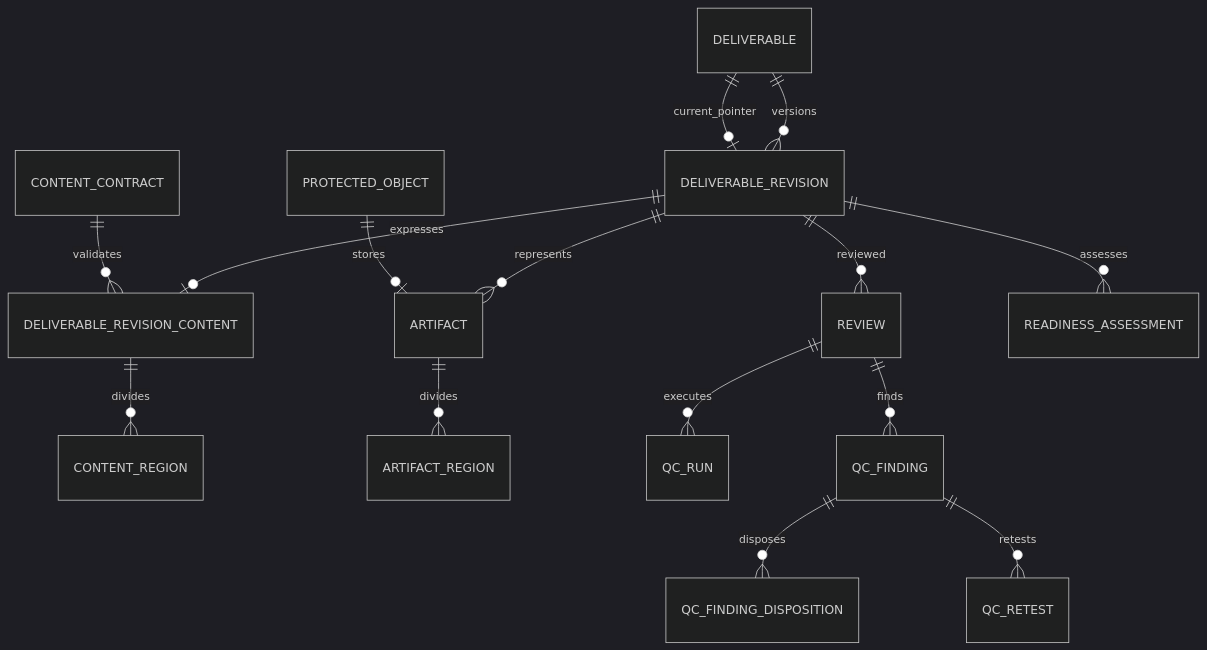
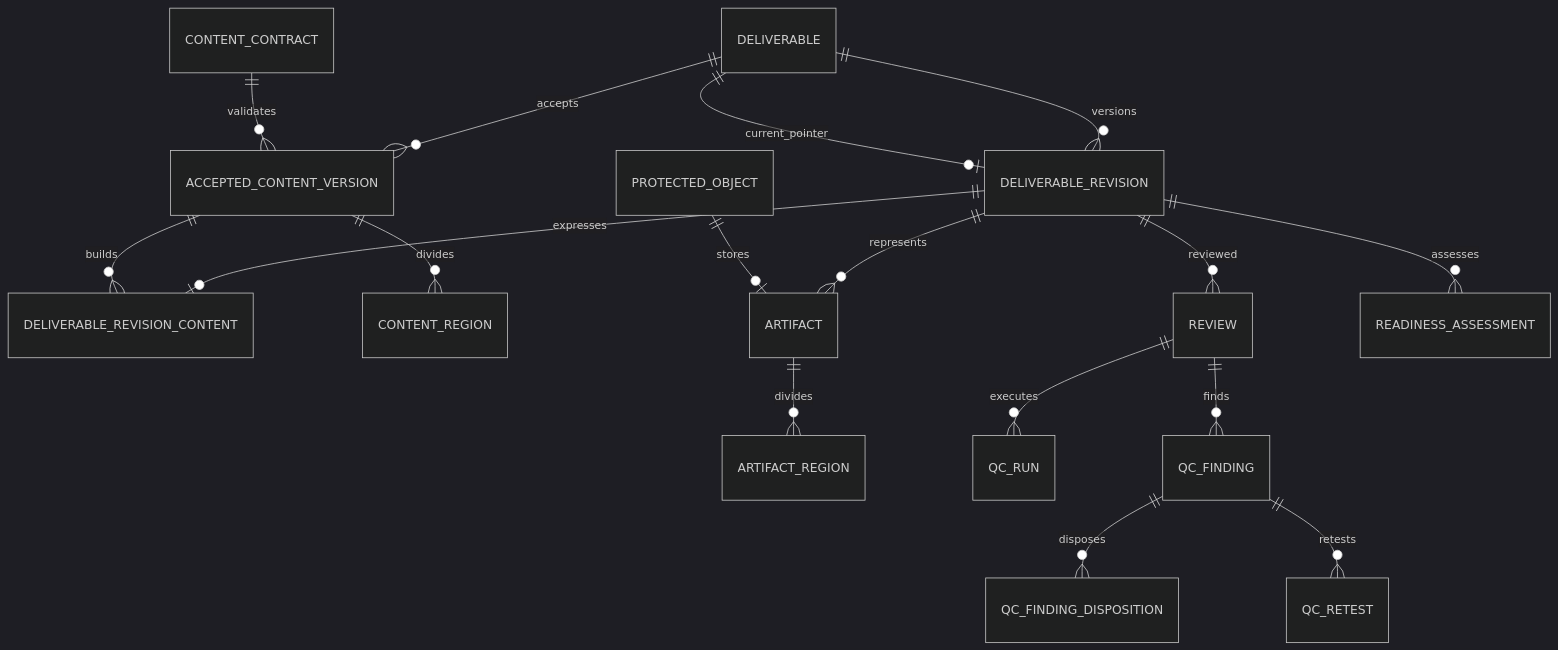
Before and after one commit to lucien0229/InvestmentBanking: the seventh of 16 diagrams in docs/technical/data-model-erd.md, drawn with Mermaid (dark theme). The commit also changed other lines of this file and 33 other files, not shown here.

```diff
--- a/docs/technical/data-model-erd.md
+++ b/docs/technical/data-model-erd.md
@@ -801,17 +821,19 @@
 ~~~mermaid
 erDiagram
     DELIVERABLE ||--o{ DELIVERABLE_REVISION : versions
     DELIVERABLE ||--o| DELIVERABLE_REVISION : current_pointer
     DELIVERABLE_REVISION ||--o| DELIVERABLE_REVISION_CONTENT : expresses
-    CONTENT_CONTRACT ||--o{ DELIVERABLE_REVISION_CONTENT : validates
-    DELIVERABLE_REVISION_CONTENT ||--o{ CONTENT_REGION : divides
+    DELIVERABLE ||--o{ ACCEPTED_CONTENT_VERSION : accepts
+    CONTENT_CONTRACT ||--o{ ACCEPTED_CONTENT_VERSION : validates
+    ACCEPTED_CONTENT_VERSION ||--o{ DELIVERABLE_REVISION_CONTENT : builds
+    ACCEPTED_CONTENT_VERSION ||--o{ CONTENT_REGION : divides
     DELIVERABLE_REVISION ||--o{ ARTIFACT : represents
     PROTECTED_OBJECT ||--o| ARTIFACT : stores
     ARTIFACT ||--o{ ARTIFACT_REGION : divides
     DELIVERABLE_REVISION ||--o{ REVIEW : reviewed
     REVIEW ||--o{ QC_RUN : executes
     REVIEW ||--o{ QC_FINDING : finds
     QC_FINDING ||--o{ QC_FINDING_DISPOSITION : disposes
     QC_FINDING ||--o{ QC_RETEST : retests
     DELIVERABLE_REVISION ||--o{ READINESS_ASSESSMENT : assesses
 ~~~
```
